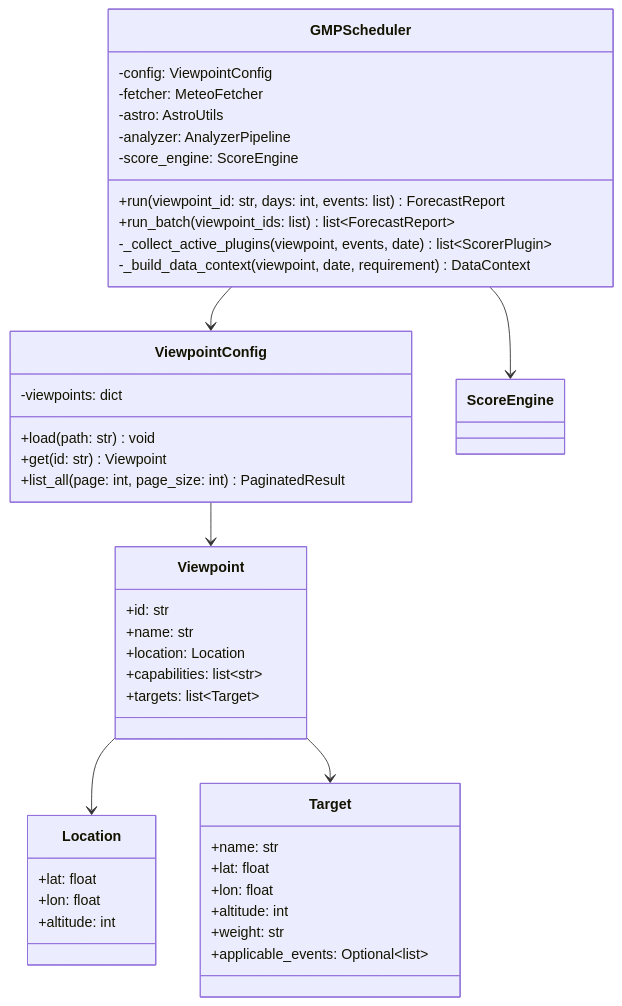
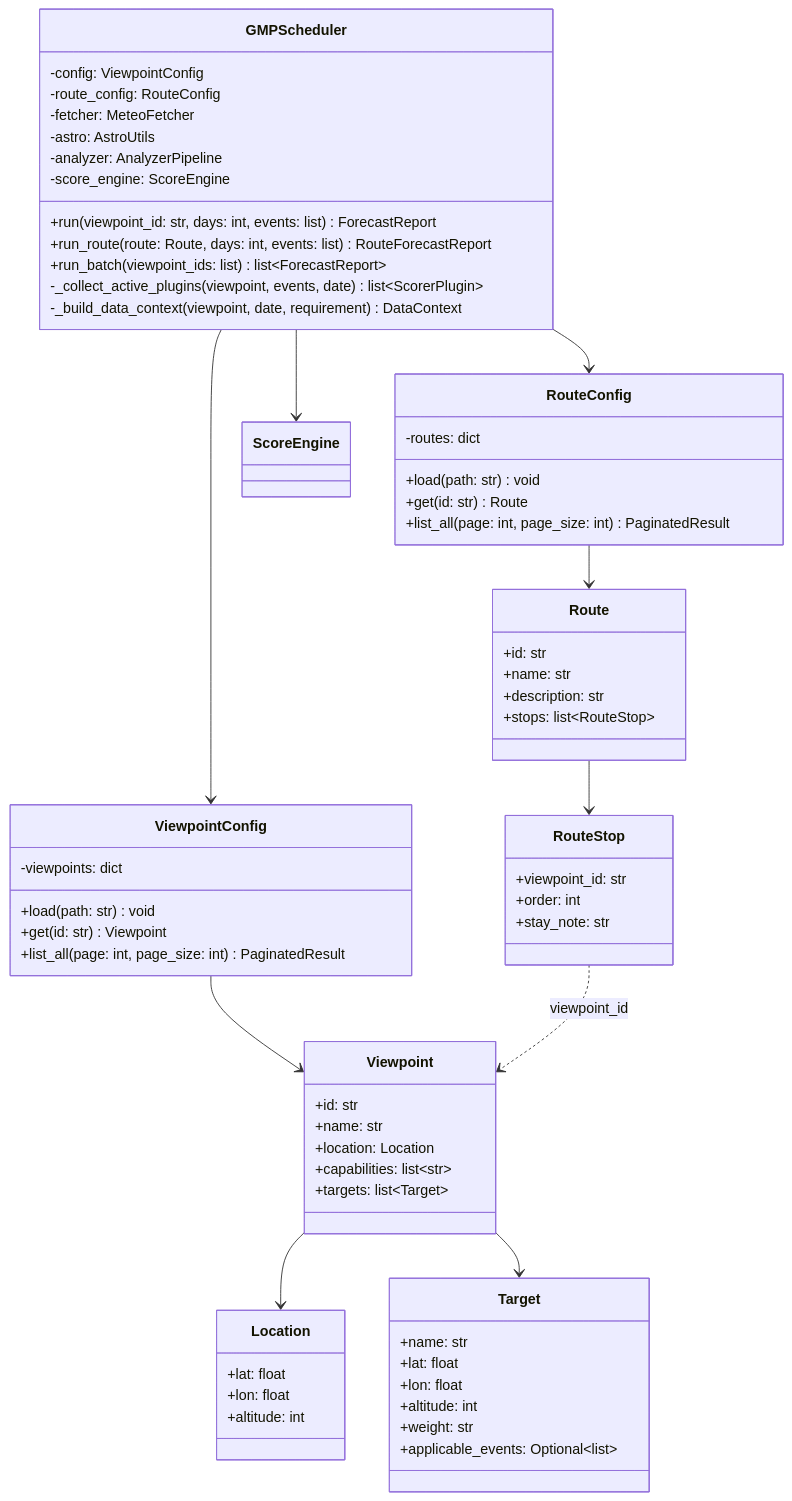
The first of 10 diagrams in design/06-class-sequence.md (mpb159753/golden-moment-predictor), drawn with Mermaid before and after one commit. The commit also changed other lines of this file and 9 other files, not shown here.

````diff
--- a/design/06-class-sequence.md
+++ b/design/06-class-sequence.md
@@ -5,50 +5,76 @@
 ```mermaid
 classDiagram
     class GMPScheduler {
         -config: ViewpointConfig
+        -route_config: RouteConfig
         -fetcher: MeteoFetcher
         -astro: AstroUtils
         -analyzer: AnalyzerPipeline
         -score_engine: ScoreEngine
         +run(viewpoint_id: str, days: int, events: list) ForecastReport
+        +run_route(route: Route, days: int, events: list) RouteForecastReport
         +run_batch(viewpoint_ids: list) list~ForecastReport~
         -_collect_active_plugins(viewpoint, events, date) list~ScorerPlugin~
         -_build_data_context(viewpoint, date, requirement) DataContext
     }
 
     class ViewpointConfig {
         -viewpoints: dict
         +load(path: str) void
         +get(id: str) Viewpoint
         +list_all(page: int, page_size: int) PaginatedResult
+    }
+
+    class RouteConfig {
+        -routes: dict
+        +load(path: str) void
+        +get(id: str) Route
+        +list_all(page: int, page_size: int) PaginatedResult
+    }
+
+    class Route {
+        +id: str
+        +name: str
+        +description: str
+        +stops: list~RouteStop~
+    }
+
+    class RouteStop {
+        +viewpoint_id: str
+        +order: int
+        +stay_note: str
     }
 
     class Viewpoint {
         +id: str
         +name: str
         +location: Location
         +capabilities: list~str~
         +targets: list~Target~
     }
 
     class Location {
         +lat: float
         +lon: float
         +altitude: int
     }
 
     class Target {
         +name: str
         +lat: float
         +lon: float
         +altitude: int
         +weight: str
         +applicable_events: Optional~list~
     }
 
     GMPScheduler --> ViewpointConfig
+    GMPScheduler --> RouteConfig
     GMPScheduler --> ScoreEngine
     ViewpointConfig --> Viewpoint
+    RouteConfig --> Route
+    Route --> RouteStop
+    RouteStop ..> Viewpoint : viewpoint_id
     Viewpoint --> Location
     Viewpoint --> Target
 ```
````
